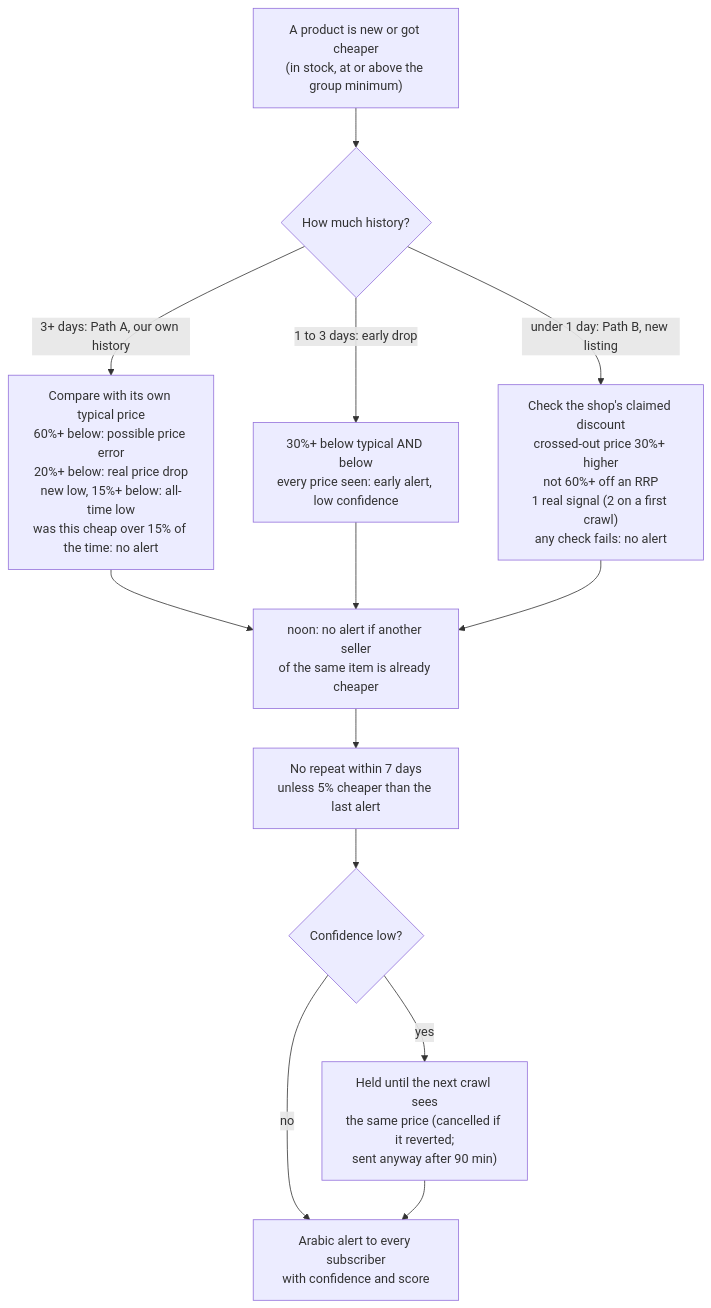
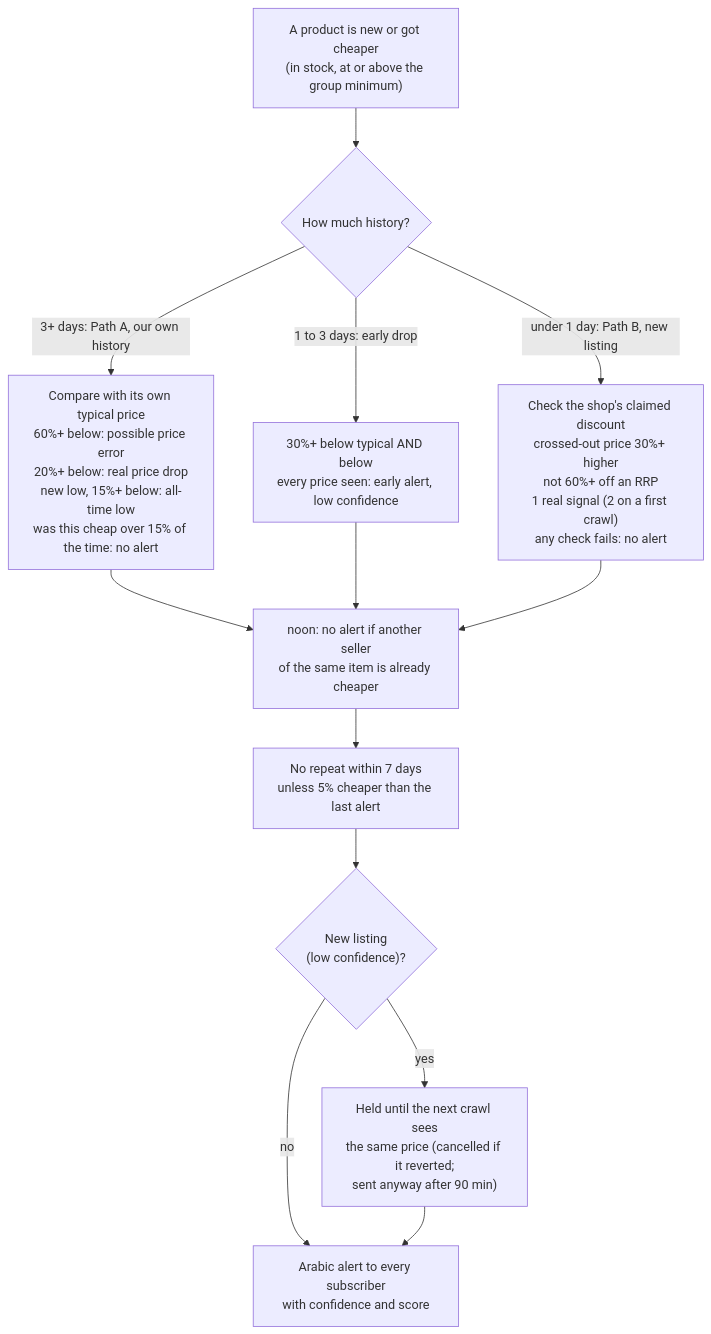
One commit to mohamed-mahmoud377/e-commerce-discounts-alert changed the third of 3 diagrams in docs/GUIDE.md. Above: the diagram before and after it, drawn with Mermaid. The commit also changed other lines of this file and 5 other files, not shown here.

````diff
--- a/docs/GUIDE.md
+++ b/docs/GUIDE.md
@@ -487,15 +487,15 @@
 ```mermaid
 flowchart TB
     t["A product is new or got cheaper<br/>(in stock, at or above the group minimum)"] --> h{"How much history?"}
     h -- "3+ days: Path A, our own history" --> a["Compare with its own typical price<br/>60%+ below: possible price error<br/>20%+ below: real price drop<br/>new low, 15%+ below: all-time low<br/>was this cheap over 15% of the time: no alert"]
     h -- "1 to 3 days: early drop" --> e["30%+ below typical AND below<br/>every price seen: early alert, low confidence"]
     h -- "under 1 day: Path B, new listing" --> b["Check the shop's claimed discount<br/>crossed-out price 30%+ higher<br/>not 60%+ off an RRP<br/>1 real signal (2 on a first crawl)<br/>any check fails: no alert"]
     a --> n["noon: no alert if another seller<br/>of the same item is already cheaper"]
     e --> n
     b --> n
     n --> r["No repeat within 7 days<br/>unless 5% cheaper than the last alert"]
-    r --> c{"Confidence low?"}
+    r --> c{"New listing<br/>(low confidence)?"}
     c -- "yes" --> w["Held until the next crawl sees<br/>the same price (cancelled if it reverted;<br/>sent anyway after 90 min)"]
     c -- "no" --> s["Arabic alert to every subscriber<br/>with confidence and score"]
     w --> s
 ```
````
